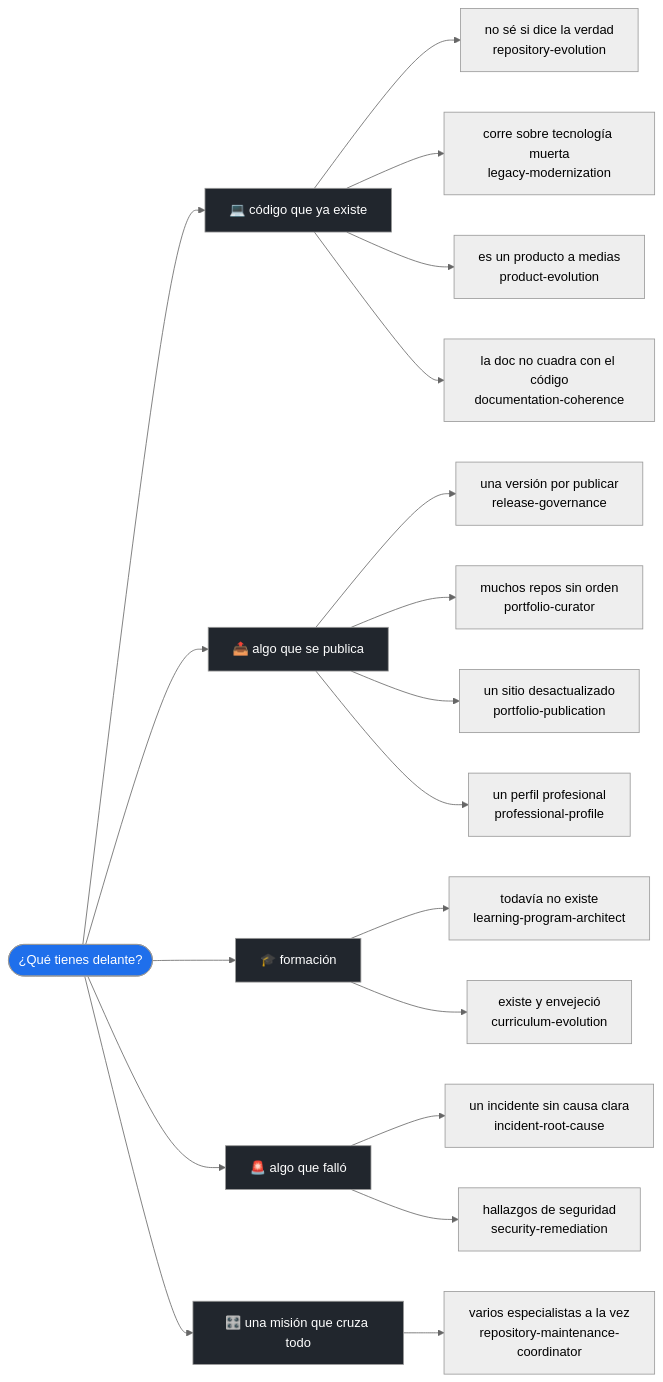
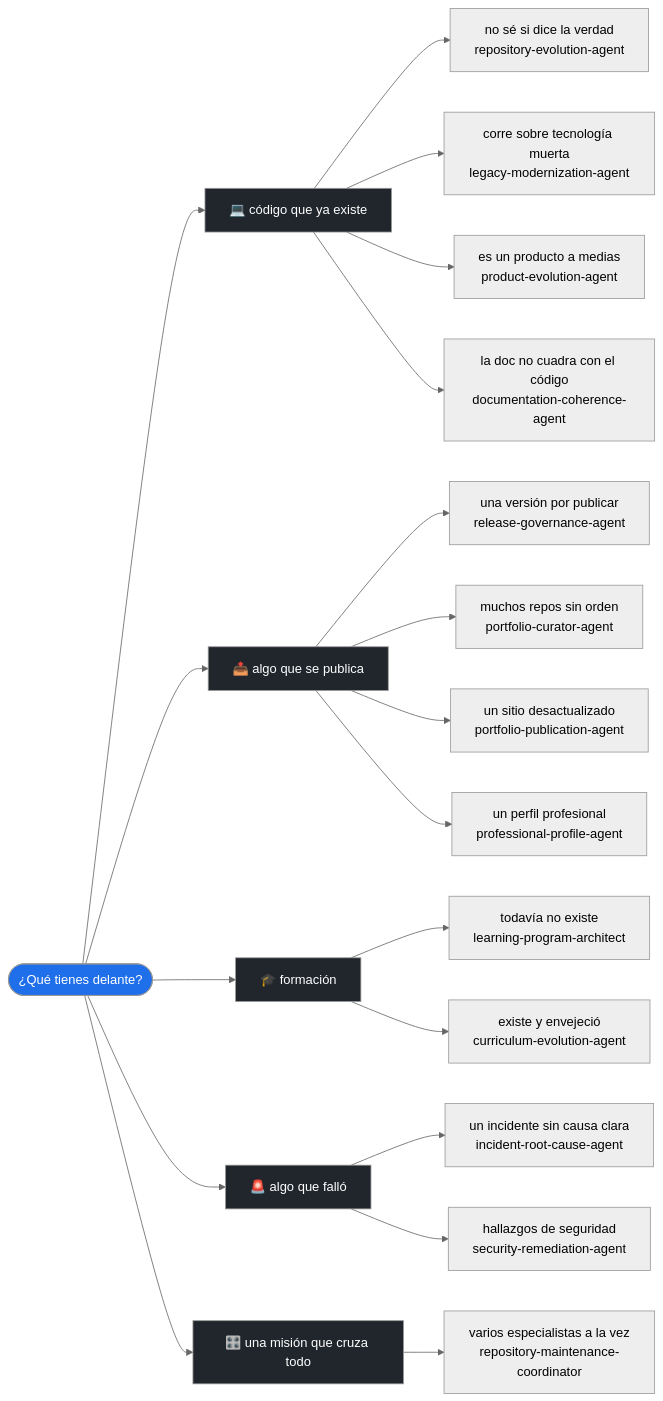
Before and after one commit to vladimiracunadev-create/operational-ai-agents: the second of 3 diagrams in README.md, drawn with Mermaid (neutral theme).

Commit message:
docs: usa los identificadores exactos en el diagrama de decisión
El diagrama abreviaba los ids —«repository-evolution» por
«repository-evolution-agent»— y quien copiara ese nombre no encontraría
el agente. Trece de trece verificados contra el catálogo.

````diff
--- a/README.md
+++ b/README.md
@@ -88,33 +88,33 @@
 ```mermaid
 flowchart LR
     S(["¿Qué tienes delante?"]) --> C["💻 código que ya existe"]
     S --> D["📤 algo que se publica"]
     S --> F["🎓 formación"]
     S --> I["🚨 algo que falló"]
     S --> M["🎛️ una misión que cruza todo"]
 
-    C --> C1["no sé si dice la verdad<br/>repository-evolution"]
-    C --> C2["corre sobre tecnología muerta<br/>legacy-modernization"]
-    C --> C3["es un producto a medias<br/>product-evolution"]
-    C --> C4["la doc no cuadra con el código<br/>documentation-coherence"]
+    C --> C1["no sé si dice la verdad<br/>repository-evolution-agent"]
+    C --> C2["corre sobre tecnología muerta<br/>legacy-modernization-agent"]
+    C --> C3["es un producto a medias<br/>product-evolution-agent"]
+    C --> C4["la doc no cuadra con el código<br/>documentation-coherence-agent"]
 
-    D --> D1["una versión por publicar<br/>release-governance"]
-    D --> D2["muchos repos sin orden<br/>portfolio-curator"]
-    D --> D3["un sitio desactualizado<br/>portfolio-publication"]
-    D --> D4["un perfil profesional<br/>professional-profile"]
+    D --> D1["una versión por publicar<br/>release-governance-agent"]
+    D --> D2["muchos repos sin orden<br/>portfolio-curator-agent"]
+    D --> D3["un sitio desactualizado<br/>portfolio-publication-agent"]
+    D --> D4["un perfil profesional<br/>professional-profile-agent"]
 
     F --> F1["todavía no existe<br/>learning-program-architect"]
-    F --> F2["existe y envejeció<br/>curriculum-evolution"]
+    F --> F2["existe y envejeció<br/>curriculum-evolution-agent"]
 
-    I --> I1["un incidente sin causa clara<br/>incident-root-cause"]
-    I --> I2["hallazgos de seguridad<br/>security-remediation"]
+    I --> I1["un incidente sin causa clara<br/>incident-root-cause-agent"]
+    I --> I2["hallazgos de seguridad<br/>security-remediation-agent"]
 
     M --> M1["varios especialistas a la vez<br/>repository-maintenance-coordinator"]
 
     style S fill:#1f6feb,color:#fff
     style C fill:#21262d,color:#fff
     style D fill:#21262d,color:#fff
     style F fill:#21262d,color:#fff
     style I fill:#21262d,color:#fff
     style M fill:#21262d,color:#fff
 ```
````
